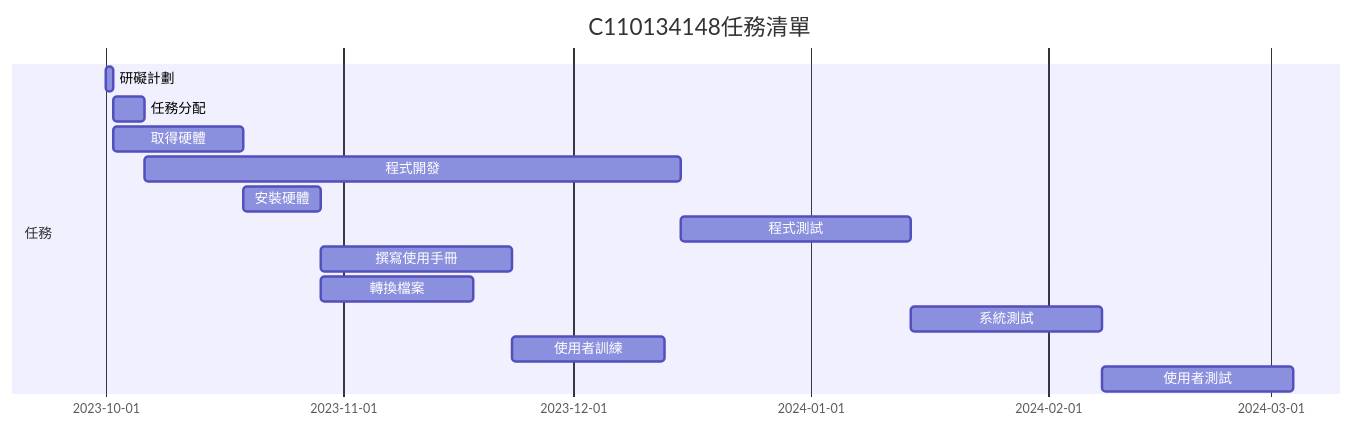
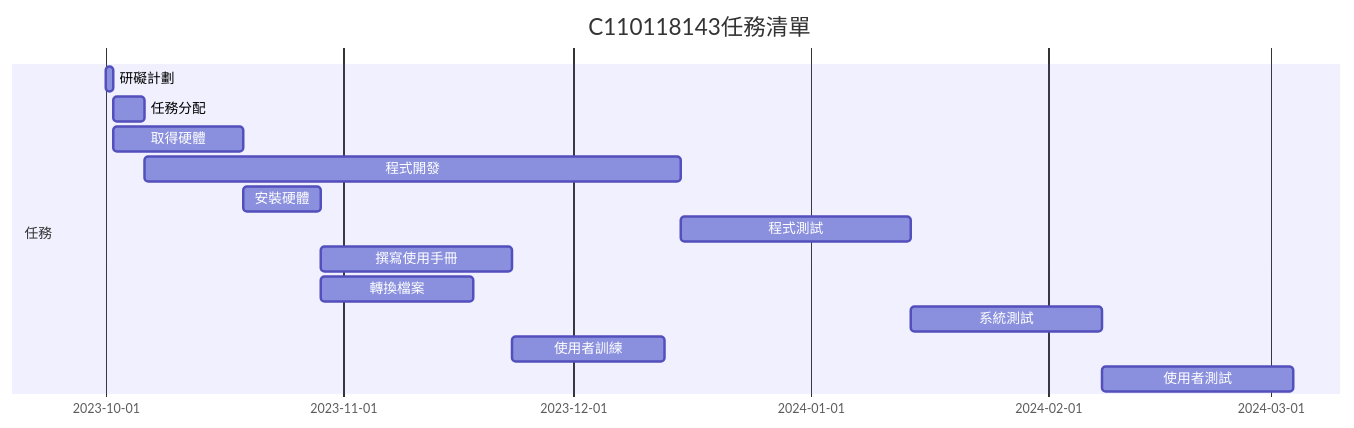
One commit to hsumucheng/2023_home changed the diagram in hw2.md. Above: the diagram before and after it, drawn with Mermaid.

````diff
--- a/hw2.md
+++ b/hw2.md
@@ -3,17 +3,17 @@
 ```mermaid
 gantt
-    title C110134148任務清單
+    title C110118143任務清單
 
     section 任務
     研礙計劃           :a1, 2023-10-01, 1d
     任務分配           :a2, after a1  , 4d
     取得硬體           :a3, after a1  , 17d
     程式開發           :a4, after a2  , 70d
     安裝硬體           :a5, after a3  , 10d
     程式測試           :a6, after a4  , 30d
     撰寫使用手冊        :a7, after a5  , 25d
     轉換檔案           :a8, after a5  , 20d
     系統測試           :a9, after a6  , 25d
     使用者訓練         :a10, after a7  , 20d
     使用者測試         :a11, after a9  , 25d
 ```
````
